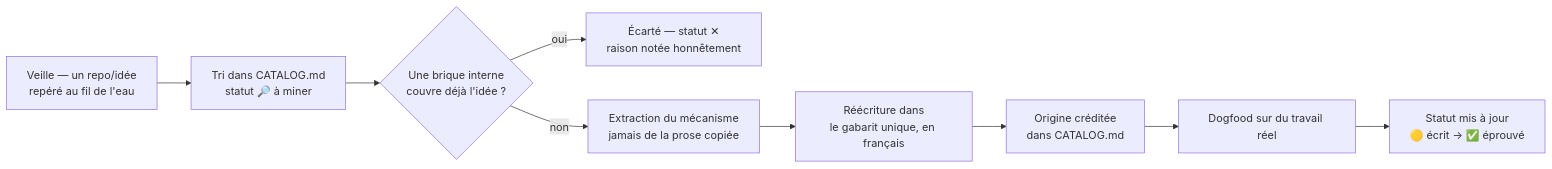
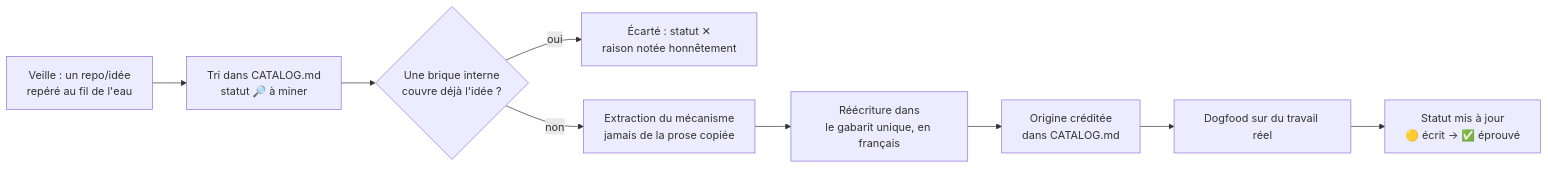
The third of 3 diagrams in doc/COMMENT-ON-ECRIT-NOS-AGENTS.md (techmefr/mentis), drawn with Mermaid before and after one commit. The commit also changed other lines of this file and 3 other files, not shown here.

````diff
--- a/doc/COMMENT-ON-ECRIT-NOS-AGENTS.md
+++ b/doc/COMMENT-ON-ECRIT-NOS-AGENTS.md
@@ -175,11 +175,11 @@
 ```mermaid
 flowchart LR
-    V[Veille — un repo/idée<br/>repéré au fil de l'eau] --> T[Tri dans CATALOG.md<br/>statut 🔎 à miner]
+    V[Veille : un repo/idée<br/>repéré au fil de l'eau] --> T[Tri dans CATALOG.md<br/>statut 🔎 à miner]
     T --> D{Une brique interne<br/>couvre déjà l'idée ?}
-    D -->|oui| X[Écarté — statut ✕<br/>raison notée honnêtement]
+    D -->|oui| X[Écarté : statut ✕<br/>raison notée honnêtement]
     D -->|non| E[Extraction du mécanisme<br/>jamais de la prose copiée]
     E --> W[Réécriture dans<br/>le gabarit unique, en français]
     W --> O[Origine créditée<br/>dans CATALOG.md]
     O --> DF[Dogfood sur du travail réel]
     DF --> S[Statut mis à jour<br/>🟡 écrit → ✅ éprouvé]
 ```
````
